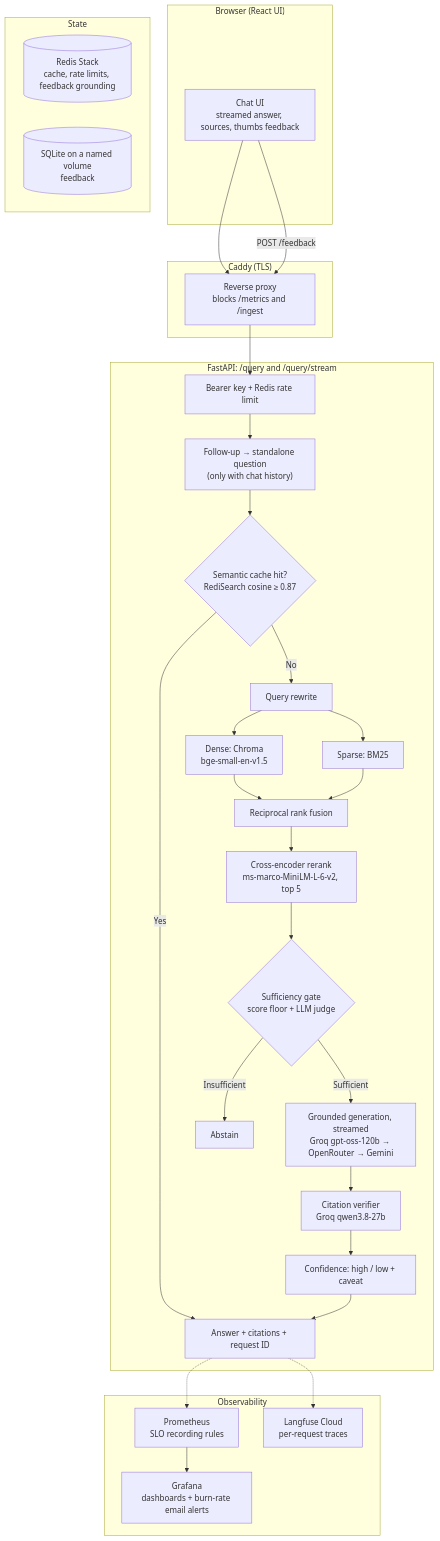
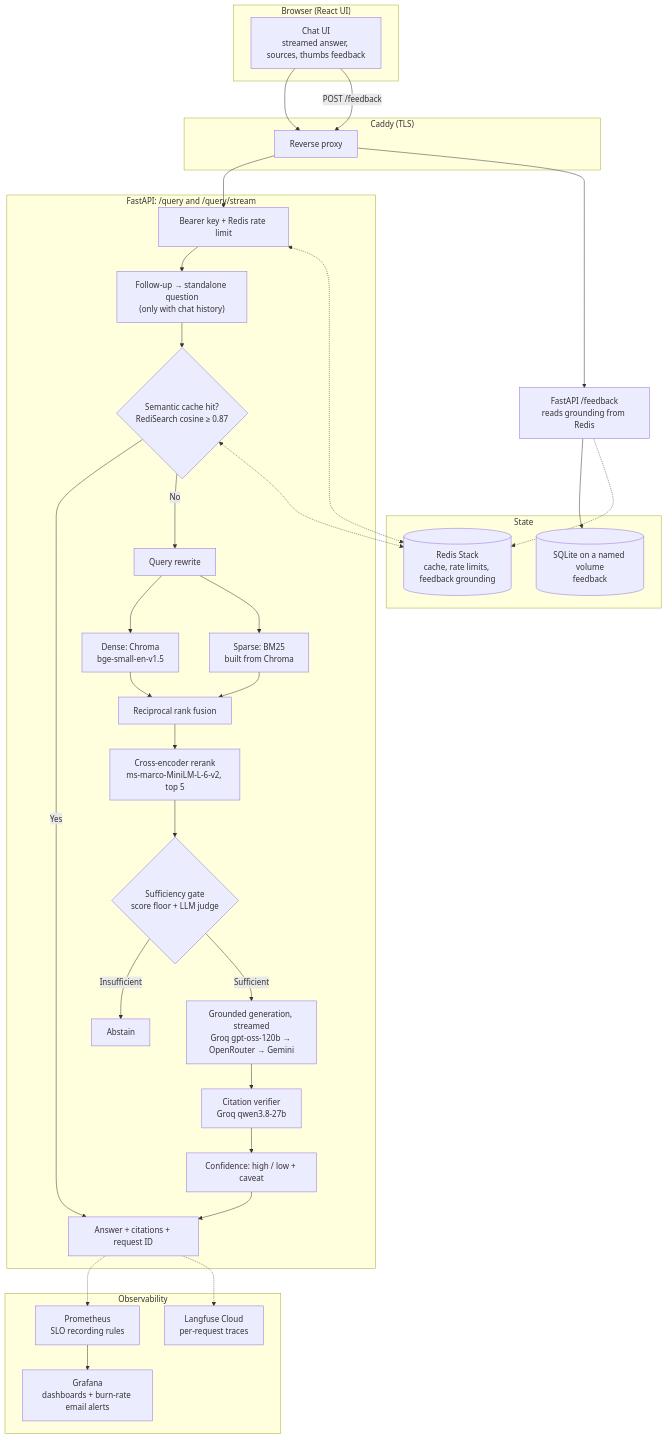
Before and after one commit to yashbhosale789/Personal-Knowledge-RAG: the second of 4 diagrams in README.md, drawn with Mermaid. The commit also changed other lines of this file, not shown here.

First line of the commit message:
docs(readme): full architecture - system overview, ingestion and delivery diagrams

````diff
--- a/README.md
+++ b/README.md
@@ -23,42 +80,47 @@
 ```mermaid
 flowchart TD
     subgraph Client ["Browser (React UI)"]
         UI["Chat UI<br/>streamed answer, sources, thumbs feedback"]
     end
 
     subgraph Edge ["Caddy (TLS)"]
-        Caddy["Reverse proxy<br/>blocks /metrics and /ingest"]
+        Caddy["Reverse proxy"]
     end
 
     subgraph Query ["FastAPI: /query and /query/stream"]
         Auth["Bearer key + Redis rate limit"] --> Condense["Follow-up → standalone question<br/>(only with chat history)"]
         Condense --> Cache{"Semantic cache hit?<br/>RediSearch cosine ≥ 0.87"}
         Cache -- Yes --> Final["Answer + citations + request ID"]
         Cache -- No --> Rewrite["Query rewrite"]
         Rewrite --> Dense["Dense: Chroma<br/>bge-small-en-v1.5"]
-        Rewrite --> Sparse["Sparse: BM25"]
+        Rewrite --> Sparse["Sparse: BM25<br/>built from Chroma"]
         Dense & Sparse --> RRF["Reciprocal rank fusion"]
         RRF --> Rerank["Cross-encoder rerank<br/>ms-marco-MiniLM-L-6-v2, top 5"]
         Rerank --> Suff{"Sufficiency gate<br/>score floor + LLM judge"}
         Suff -- Insufficient --> Abstain["Abstain"]
         Suff -- Sufficient --> Gen["Grounded generation, streamed<br/>Groq gpt-oss-120b → OpenRouter → Gemini"]
         Gen --> Verify["Citation verifier<br/>Groq qwen3.8-27b"]
         Verify --> Conf["Confidence: high / low + caveat"]
         Conf --> Final
     end
 
     subgraph Stores ["State"]
         Redis[("Redis Stack<br/>cache, rate limits, feedback grounding")]
         SQLite[("SQLite on a named volume<br/>feedback")]
     end
 
     subgraph Telemetry ["Observability"]
         Prom["Prometheus<br/>SLO recording rules"] --> Graf["Grafana<br/>dashboards + burn-rate email alerts"]
         Langfuse["Langfuse Cloud<br/>per-request traces"]
     end
 
     UI --> Caddy --> Auth
     UI -- "POST /feedback" --> Caddy
+    Caddy --> FeedbackRoute["FastAPI /feedback<br/>reads grounding from Redis"]
+    FeedbackRoute --> SQLite
+    FeedbackRoute -.-> Redis
+    Auth <-.-> Redis
+    Cache <-.-> Redis
     Final -.-> Prom
     Final -.-> Langfuse
 ```
````
